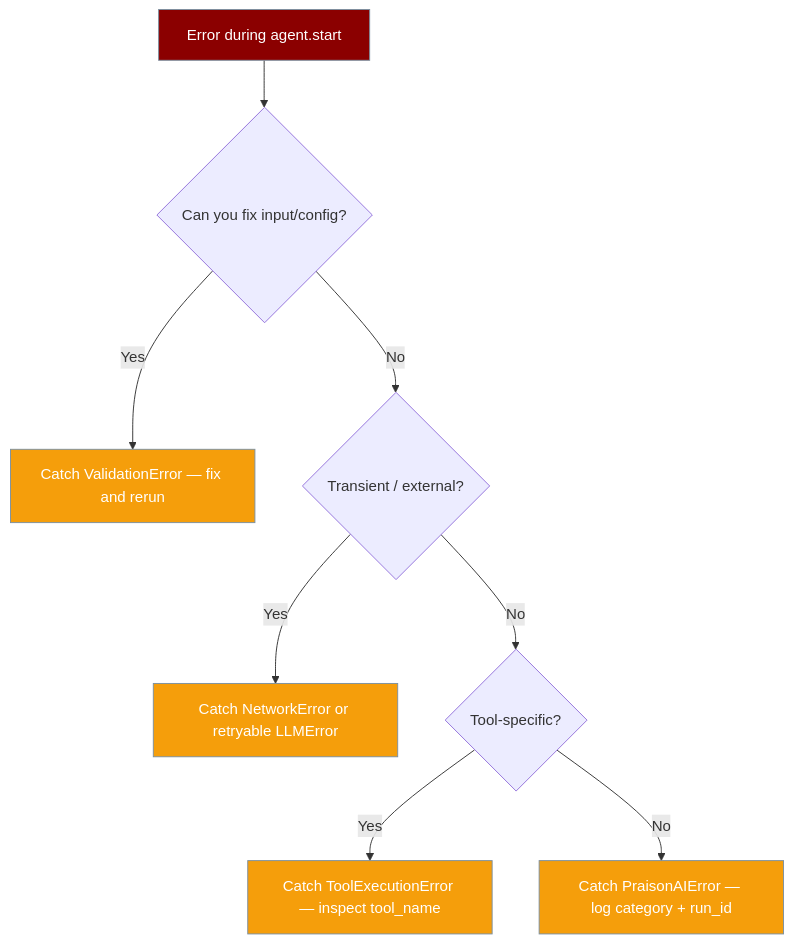
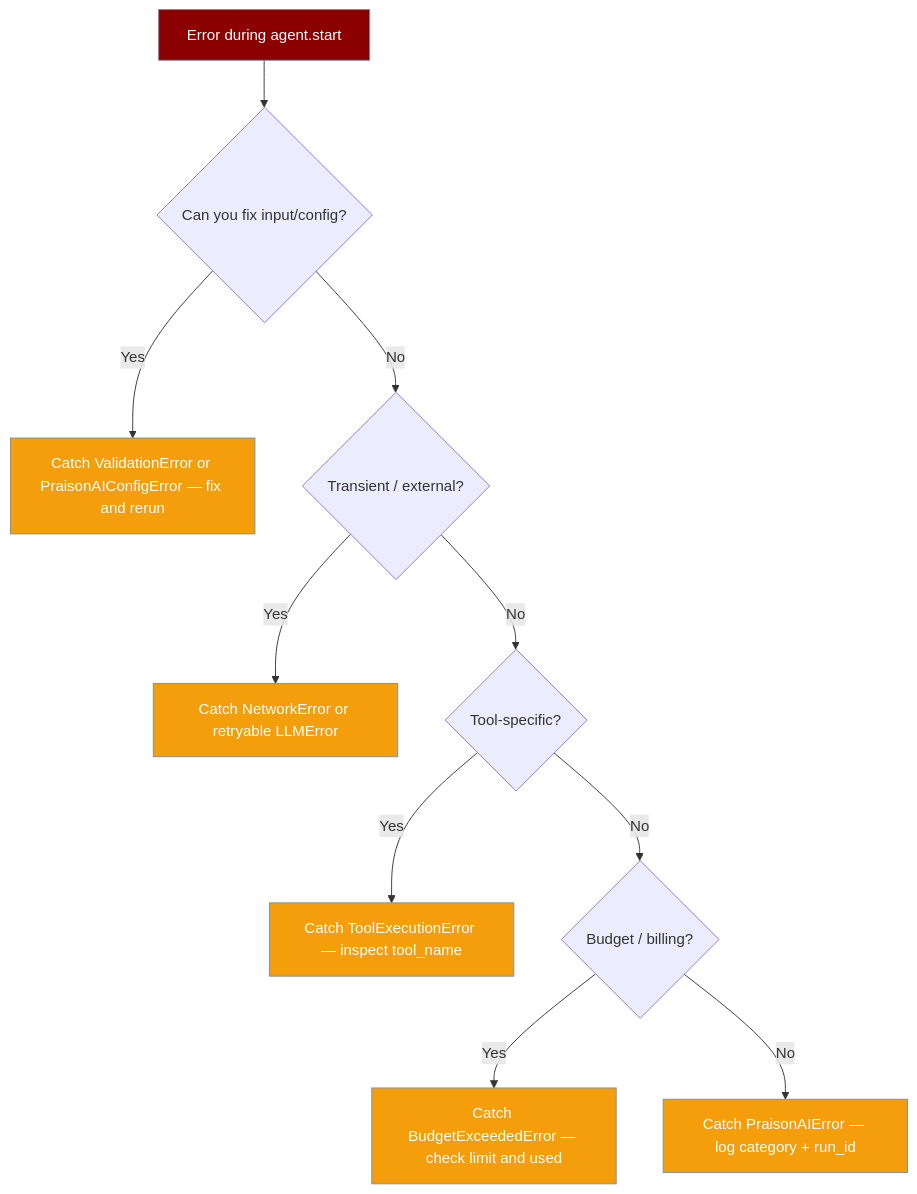
One commit to MervinPraison/PraisonAIDocs changed the third of 3 diagrams in docs/features/error-handling.mdx. Above: the diagram before and after it, drawn with Mermaid. The commit also changed other lines of this file, not shown here.

First line of the commit message:
docs: expand error-handling page with full SDK hierarchy (fixes #621)

````diff
--- a/docs/features/error-handling.mdx
+++ b/docs/features/error-handling.mdx
@@ -120,17 +147,19 @@
 ```mermaid
 graph TB
     Start[Error during agent.start] --> Q1{Can you fix input/config?}
-    Q1 -->|Yes| Val[Catch ValidationError — fix and rerun]
+    Q1 -->|Yes| Val[Catch ValidationError or PraisonAIConfigError — fix and rerun]
     Q1 -->|No| Q2{Transient / external?}
     Q2 -->|Yes| Net[Catch NetworkError or retryable LLMError]
     Q2 -->|No| Q3{Tool-specific?}
     Q3 -->|Yes| Tool[Catch ToolExecutionError — inspect tool_name]
-    Q3 -->|No| Base[Catch PraisonAIError — log category + run_id]
+    Q3 -->|No| Q4{Budget / billing?}
+    Q4 -->|Yes| Budget[Catch BudgetExceededError — check limit and used]
+    Q4 -->|No| Base[Catch PraisonAIError — log category + run_id]
 
     classDef agent fill:#8B0000,stroke:#7C90A0,color:#fff
     classDef warn fill:#F59E0B,stroke:#7C90A0,color:#fff
     classDef ok fill:#10B981,stroke:#7C90A0,color:#fff
 
     class Start agent
-    class Val,Net,Tool,Base warn
+    class Val,Net,Tool,Budget,Base warn
 ```
````
